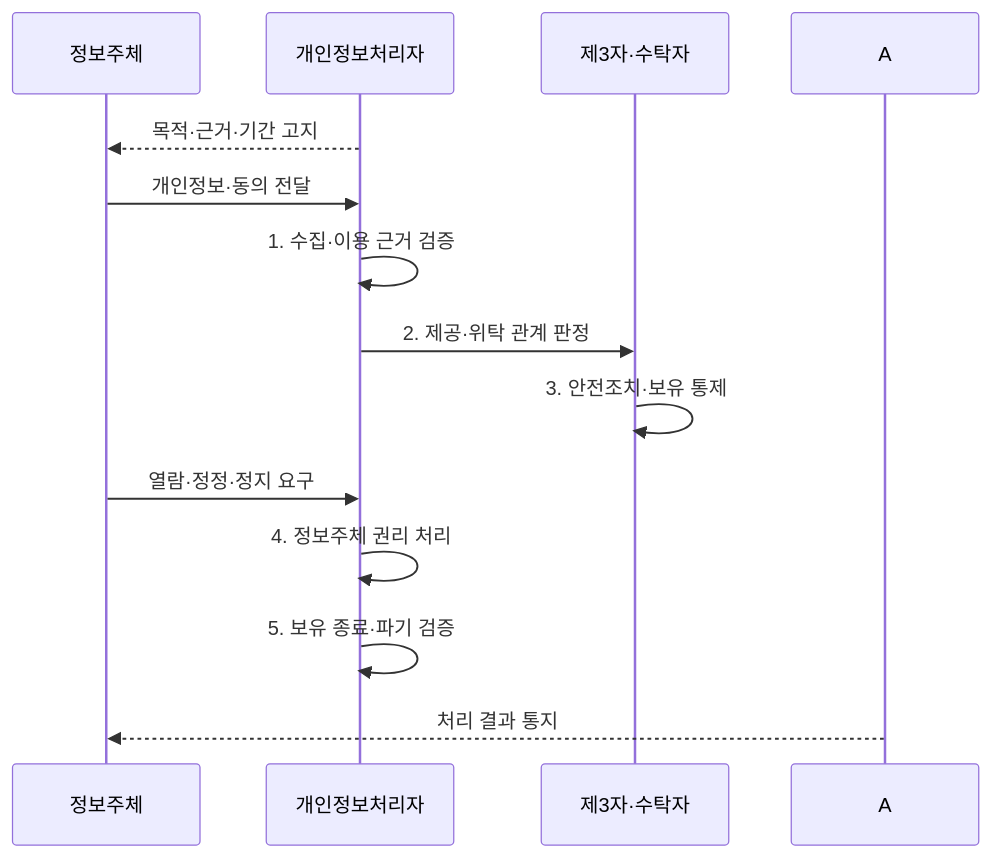
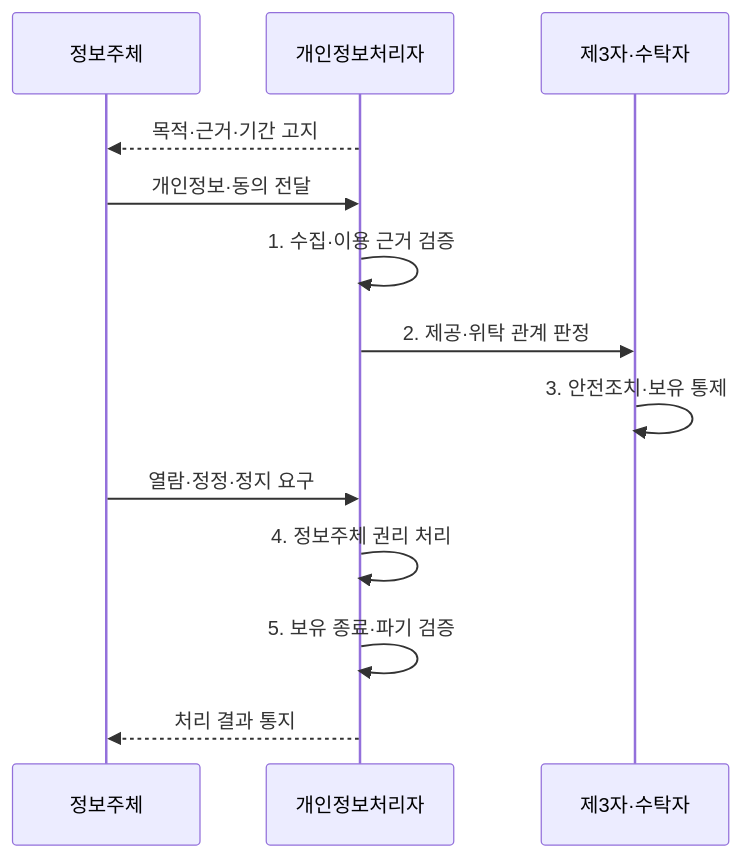
One commit to agnusdei1207/knowledge-base changed the second of 2 diagrams in src/content/docs/notes/05-security/094_personal_data_protection_act.md. Above: the diagram before and after it, drawn with Mermaid. The commit also changed 1 other file, not shown here.

Commit message:
Fix sequence diagram participant references

````diff
--- a/src/content/docs/notes/05-security/094_personal_data_protection_act.md
+++ b/src/content/docs/notes/05-security/094_personal_data_protection_act.md
@@ -98,15 +98,15 @@
 ```mermaid
 sequenceDiagram
     participant S as 정보주체
     participant C as 개인정보처리자
     participant T as 제3자·수탁자
     C-->>S: 목적·근거·기간 고지
     S->>C: 개인정보·동의 전달
     C->>C: 1. 수집·이용 근거 검증
     C->>T: 2. 제공·위탁 관계 판정
     T->>T: 3. 안전조치·보유 통제
     S->>C: 열람·정정·정지 요구
     C->>C: 4. 정보주체 권리 처리
     C->>C: 5. 보유 종료·파기 검증
-    A-->>S: 처리 결과 통지
+    C-->>S: 처리 결과 통지
 ```
````
